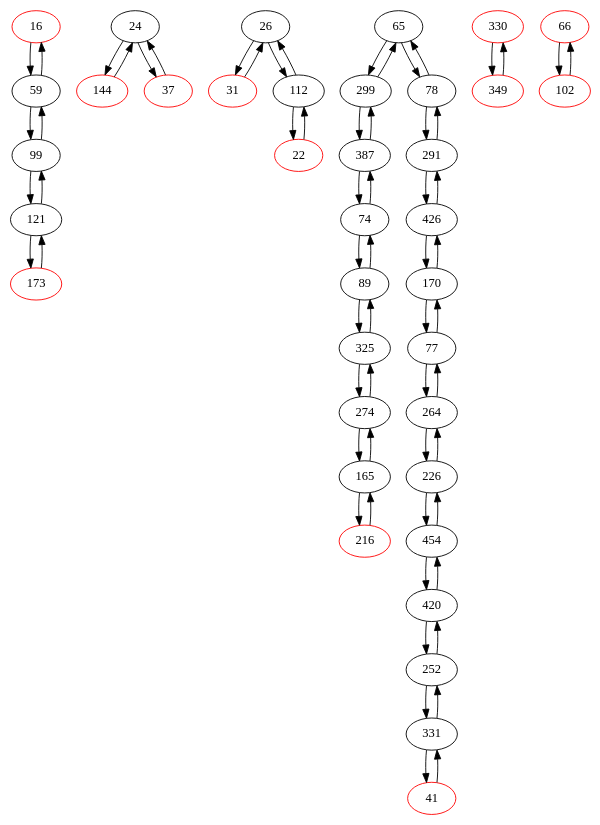
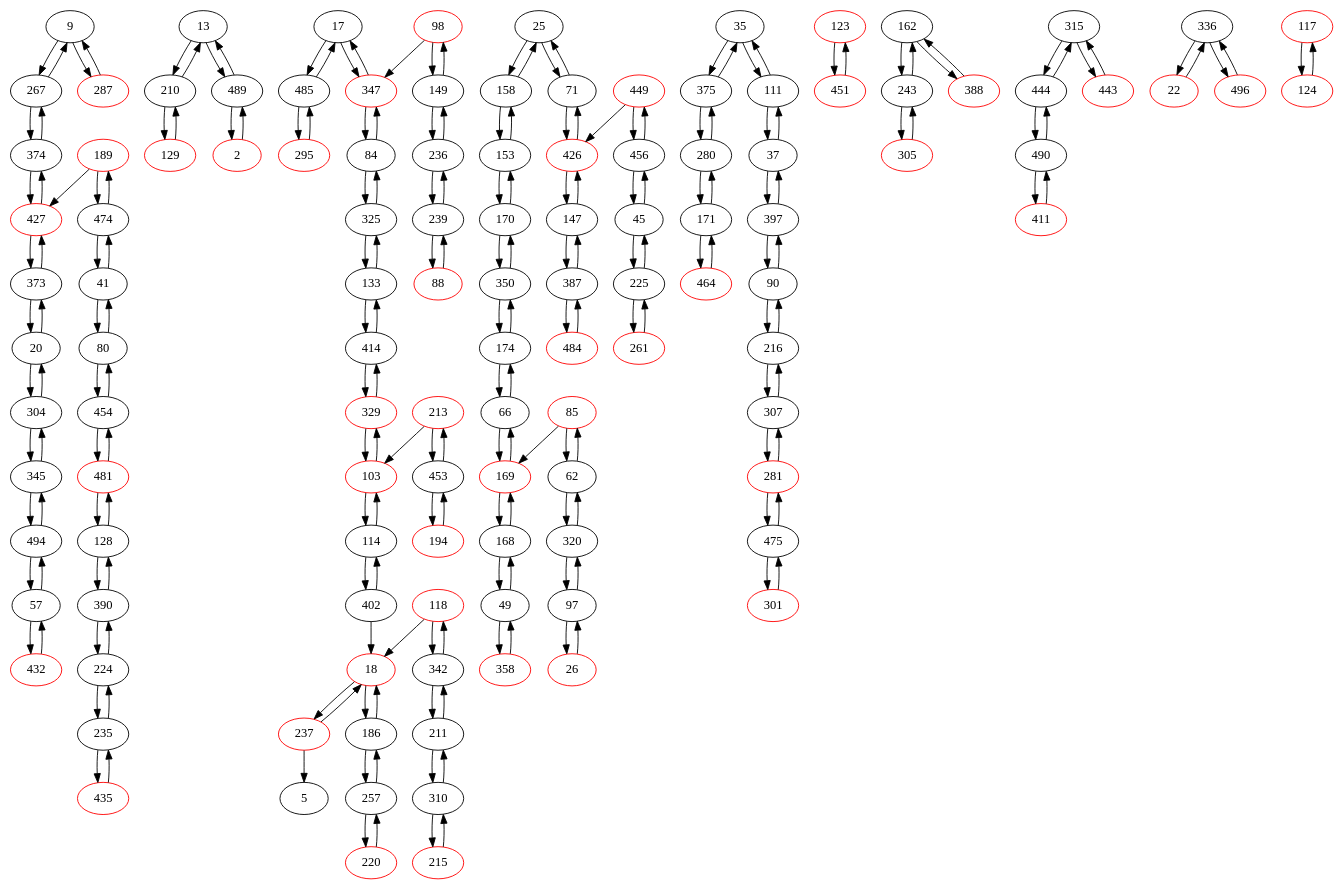
The diagram in external/dbg2olc/CleanedBestOverlapGraph.dot (AuCson/Genome-Assembly-Implementation), drawn with Graphviz before and after one commit. The commit also changed 117 other files, not shown here.

```diff
--- a/external/dbg2olc/CleanedBestOverlapGraph.dot
+++ b/external/dbg2olc/CleanedBestOverlapGraph.dot
@@ -1,101 +1,318 @@
 digraph G {
-16 -> 59;
-24 -> 144;
-26 -> 31;
-59 -> 16;
-65 -> 299;
-74 -> 89;
-77 -> 170;
-78 -> 291;
-89 -> 325;
-99 -> 59;
-112 -> 26;
-121 -> 173;
-165 -> 274;
-170 -> 426;
-216 -> 165;
-226 -> 264;
-252 -> 420;
-264 -> 226;
-274 -> 325;
-291 -> 78;
-299 -> 387;
-325 -> 274;
-330 -> 349;
-331 -> 252;
-387 -> 299;
-420 -> 454;
-426 -> 170;
-454 -> 226;
-22 -> 112;
-24 -> 37;
-26 -> 112;
-31 -> 26;
-37 -> 24;
-41 -> 331;
-59 -> 99;
-65 -> 78;
-66 -> 102;
-74 -> 387;
-77 -> 264;
-78 -> 65;
-89 -> 74;
-99 -> 121;
-102 -> 66;
-112 -> 22;
-121 -> 99;
-144 -> 24;
-165 -> 216;
-170 -> 77;
-173 -> 121;
-226 -> 454;
-252 -> 331;
-264 -> 77;
-274 -> 165;
-291 -> 426;
-299 -> 65;
-325 -> 89;
-331 -> 41;
-349 -> 330;
-387 -> 74;
-420 -> 252;
-426 -> 291;
-454 -> 420;
-16[color=red];
+9 -> 267;
+13 -> 210;
+17 -> 485;
+18 -> 237;
+20 -> 373;
+25 -> 158;
+35 -> 375;
+37 -> 397;
+41 -> 80;
+45 -> 456;
+49 -> 358;
+57 -> 432;
+62 -> 320;
+66 -> 174;
+71 -> 426;
+80 -> 41;
+84 -> 347;
+85 -> 62;
+88 -> 239;
+90 -> 397;
+97 -> 320;
+98 -> 149;
+103 -> 114;
+111 -> 35;
+114 -> 103;
+118 -> 342;
+123 -> 451;
+128 -> 390;
+129 -> 210;
+133 -> 325;
+147 -> 387;
+149 -> 236;
+153 -> 170;
+158 -> 153;
+162 -> 243;
+168 -> 49;
+169 -> 66;
+170 -> 350;
+171 -> 280;
+174 -> 66;
+186 -> 257;
+189 -> 427;
+210 -> 13;
+211 -> 342;
+213 -> 453;
+215 -> 310;
+216 -> 90;
+220 -> 257;
+224 -> 390;
+225 -> 45;
+235 -> 435;
+236 -> 149;
+237 -> 5;
+239 -> 236;
+243 -> 162;
+257 -> 220;
+261 -> 225;
+267 -> 374;
+280 -> 375;
+281 -> 475;
+301 -> 475;
+304 -> 20;
+305 -> 243;
+307 -> 216;
+310 -> 215;
+315 -> 444;
+320 -> 97;
+325 -> 133;
+329 -> 103;
+336 -> 22;
+342 -> 118;
+345 -> 494;
+347 -> 17;
+350 -> 174;
+358 -> 49;
+373 -> 20;
+374 -> 267;
+375 -> 280;
+387 -> 484;
+390 -> 224;
+397 -> 37;
+402 -> 18;
+414 -> 133;
+426 -> 71;
+427 -> 374;
+432 -> 57;
+443 -> 315;
+444 -> 315;
+449 -> 456;
+453 -> 194;
+454 -> 80;
+456 -> 449;
+464 -> 171;
+474 -> 41;
+475 -> 281;
+481 -> 454;
+485 -> 295;
+489 -> 2;
+490 -> 411;
+494 -> 345;
+2 -> 489;
+9 -> 287;
+13 -> 489;
+17 -> 347;
+18 -> 186;
+20 -> 304;
+22 -> 336;
+25 -> 71;
+26 -> 97;
+35 -> 111;
+37 -> 111;
+41 -> 474;
+45 -> 225;
+49 -> 168;
+57 -> 494;
+62 -> 85;
+66 -> 169;
+71 -> 25;
+80 -> 454;
+84 -> 325;
+85 -> 169;
+90 -> 216;
+97 -> 26;
+98 -> 347;
+103 -> 329;
+111 -> 37;
+114 -> 402;
+117 -> 124;
+118 -> 18;
+124 -> 117;
+128 -> 481;
+133 -> 414;
+147 -> 426;
+149 -> 98;
+153 -> 158;
+158 -> 25;
+162 -> 388;
+168 -> 169;
+169 -> 168;
+170 -> 153;
+171 -> 464;
+174 -> 350;
+186 -> 18;
+189 -> 474;
+194 -> 453;
+210 -> 129;
+211 -> 310;
+213 -> 103;
+216 -> 307;
+224 -> 235;
+225 -> 261;
+235 -> 224;
+236 -> 239;
+237 -> 18;
+239 -> 88;
+243 -> 305;
+257 -> 186;
+267 -> 9;
+280 -> 171;
+281 -> 307;
+287 -> 9;
+295 -> 485;
+304 -> 345;
+307 -> 281;
+310 -> 211;
+315 -> 443;
+320 -> 62;
+325 -> 84;
+329 -> 414;
+336 -> 496;
+342 -> 211;
+345 -> 304;
+347 -> 84;
+350 -> 170;
+373 -> 427;
+374 -> 427;
+375 -> 35;
+387 -> 147;
+388 -> 162;
+390 -> 128;
+397 -> 90;
+402 -> 114;
+411 -> 490;
+414 -> 329;
+426 -> 147;
+427 -> 373;
+435 -> 235;
+444 -> 490;
+449 -> 426;
+451 -> 123;
+453 -> 213;
+454 -> 481;
+456 -> 45;
+474 -> 189;
+475 -> 301;
+481 -> 128;
+484 -> 387;
+485 -> 17;
+489 -> 13;
+490 -> 444;
+494 -> 57;
+496 -> 336;
+2[color=red];
+9
+13
+17
+18[color=red];
+20
 22[color=red];
-24
-26
-31[color=red];
-37[color=red];
-41[color=red];
-59
-65
-66[color=red];
-74
-77
-78
-89
-99
-102[color=red];
-112
-121
-144[color=red];
-165
+25
+26[color=red];
+35
+37
+41
+45
+49
+57
+62
+66
+71
+80
+84
+85[color=red];
+88[color=red];
+90
+97
+98[color=red];
+103[color=red];
+111
+114
+117[color=red];
+118[color=red];
+123[color=red];
+124[color=red];
+128
+129[color=red];
+133
+147
+149
+153
+158
+162
+168
+169[color=red];
 170
-173[color=red];
-216[color=red];
-226
-252
-264
-274
-291
-299
+171
+174
+186
+189[color=red];
+194[color=red];
+210
+211
+213[color=red];
+215[color=red];
+216
+220[color=red];
+224
+225
+235
+236
+237[color=red];
+239
+243
+257
+261[color=red];
+267
+280
+281[color=red];
+287[color=red];
+295[color=red];
+301[color=red];
+304
+305[color=red];
+307
+310
+315
+320
 325
-330[color=red];
-331
-349[color=red];
+329[color=red];
+336
+342
+345
+347[color=red];
+350
+358[color=red];
+373
+374
+375
 387
-420
-426
+388[color=red];
+390
+397
+402
+411[color=red];
+414
+426[color=red];
+427[color=red];
+432[color=red];
+435[color=red];
+443[color=red];
+444
+449[color=red];
+451[color=red];
+453
 454
+456
+464[color=red];
+474
+475
+481[color=red];
+484[color=red];
+485
+489
+490
+494
+496[color=red];
 }
```
